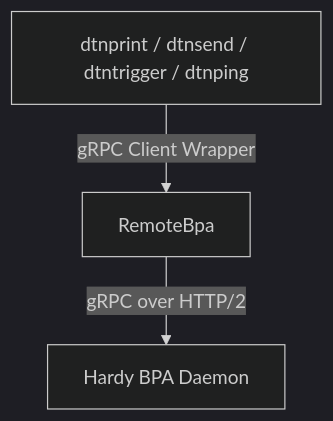
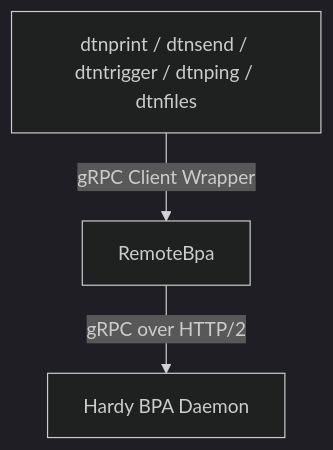
The diagram in agent_docs/architecture.md (loic-fejoz/dtn-hdy-utils), drawn with Mermaid (dark theme) before and after one commit. The commit also changed other lines of this file and 15 other files, not shown here.

````diff
--- a/agent_docs/architecture.md
+++ b/agent_docs/architecture.md
@@ -8,5 +8,5 @@
 ```mermaid
 graph TD
-    ClientApp["dtnprint / dtnsend / dtntrigger / dtnping"] -->|gRPC Client Wrapper| RemoteBpa[RemoteBpa]
+    ClientApp["dtnprint / dtnsend / dtntrigger / dtnping / dtnfiles"] -->|gRPC Client Wrapper| RemoteBpa[RemoteBpa]
     RemoteBpa -->|gRPC over HTTP/2| HardyBPA[Hardy BPA Daemon]
 ```
````
